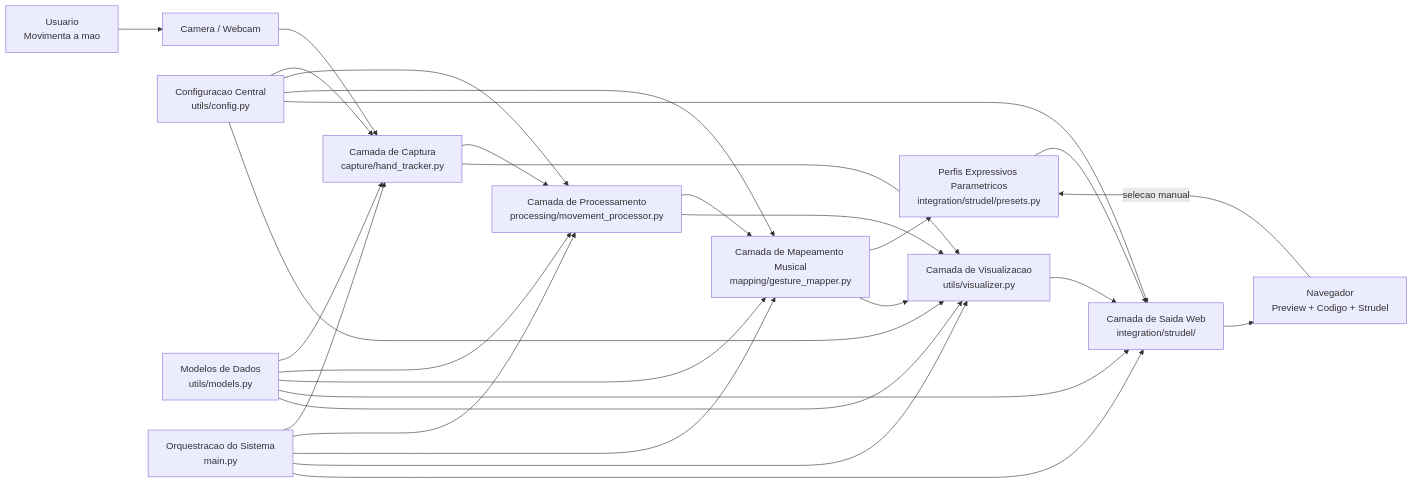
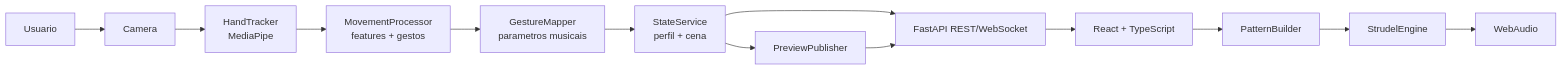
One commit to lavsouza/TCC changed the first of 3 diagrams in docs/architecture.md. Above: the diagram before and after it, drawn with Mermaid. The commit also changed other lines of this file and 57 other files, not shown here.

First line of the commit message:
feat: desacopla backend FastAPI e frontend React

````diff
--- a/docs/architecture.md
+++ b/docs/architecture.md
@@ -11,33 +5,15 @@
 ```mermaid
 flowchart LR
-    user["Usuario<br/>Movimenta a mao"] --> camera["Camera / Webcam"]
-    camera --> capture["Camada de Captura<br/>capture/hand_tracker.py"]
-    capture --> processing["Camada de Processamento<br/>processing/movement_processor.py"]
-    processing --> mapping["Camada de Mapeamento Musical<br/>mapping/gesture_mapper.py"]
-    mapping --> profiles["Perfis Expressivos Parametricos<br/>integration/strudel/presets.py"]
-    profiles --> strudel["Camada de Saida Web<br/>integration/strudel/"]
-    capture --> visualizer["Camada de Visualizacao<br/>utils/visualizer.py"]
-    processing --> visualizer
-    mapping --> visualizer
-    visualizer --> strudel
-    strudel --> browser["Navegador<br/>Preview + Codigo + Strudel"]
-    browser -->|"selecao manual"| profiles
-
-    config["Configuracao Central<br/>utils/config.py"] --> capture
-    config --> processing
-    config --> mapping
-    config --> strudel
-    config --> visualizer
-
-    models["Modelos de Dados<br/>utils/models.py"] --> capture
-    models --> processing
-    models --> mapping
-    models --> strudel
-    models --> visualizer
-
-    main["Orquestracao do Sistema<br/>main.py"] --> capture
-    main --> processing
-    main --> mapping
-    main --> visualizer
-    main --> strudel
+    U["Usuario"] --> C["Camera"]
+    C --> H["HandTracker<br/>MediaPipe"]
+    H --> P["MovementProcessor<br/>features + gestos"]
+    P --> M["GestureMapper<br/>parametros musicais"]
+    M --> S["StateService<br/>perfil + cena"]
+    S --> API["FastAPI REST/WebSocket"]
+    API --> R["React + TypeScript"]
+    R --> B["PatternBuilder"]
+    B --> E["StrudelEngine"]
+    E --> A["WebAudio"]
+    S --> V["PreviewPublisher"]
+    V --> API
 ```
````
